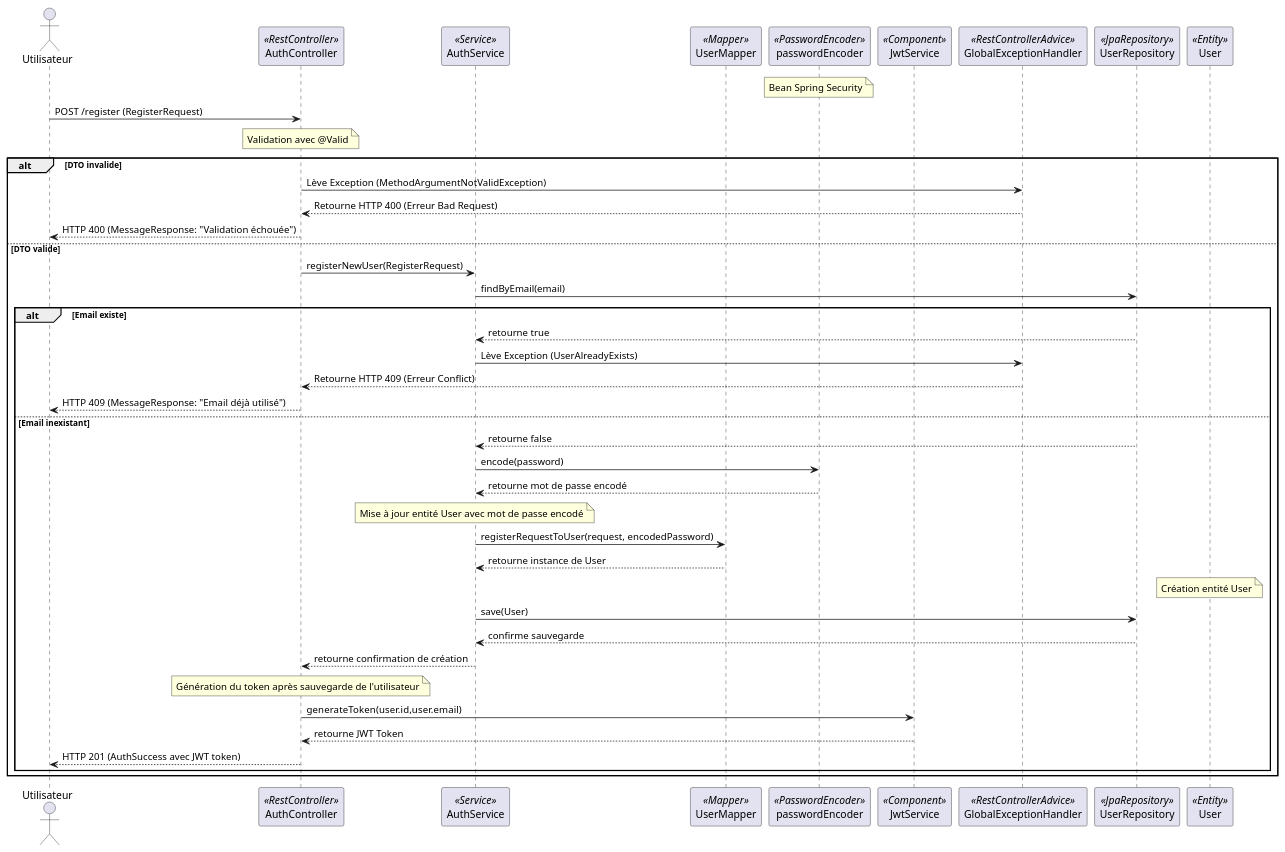
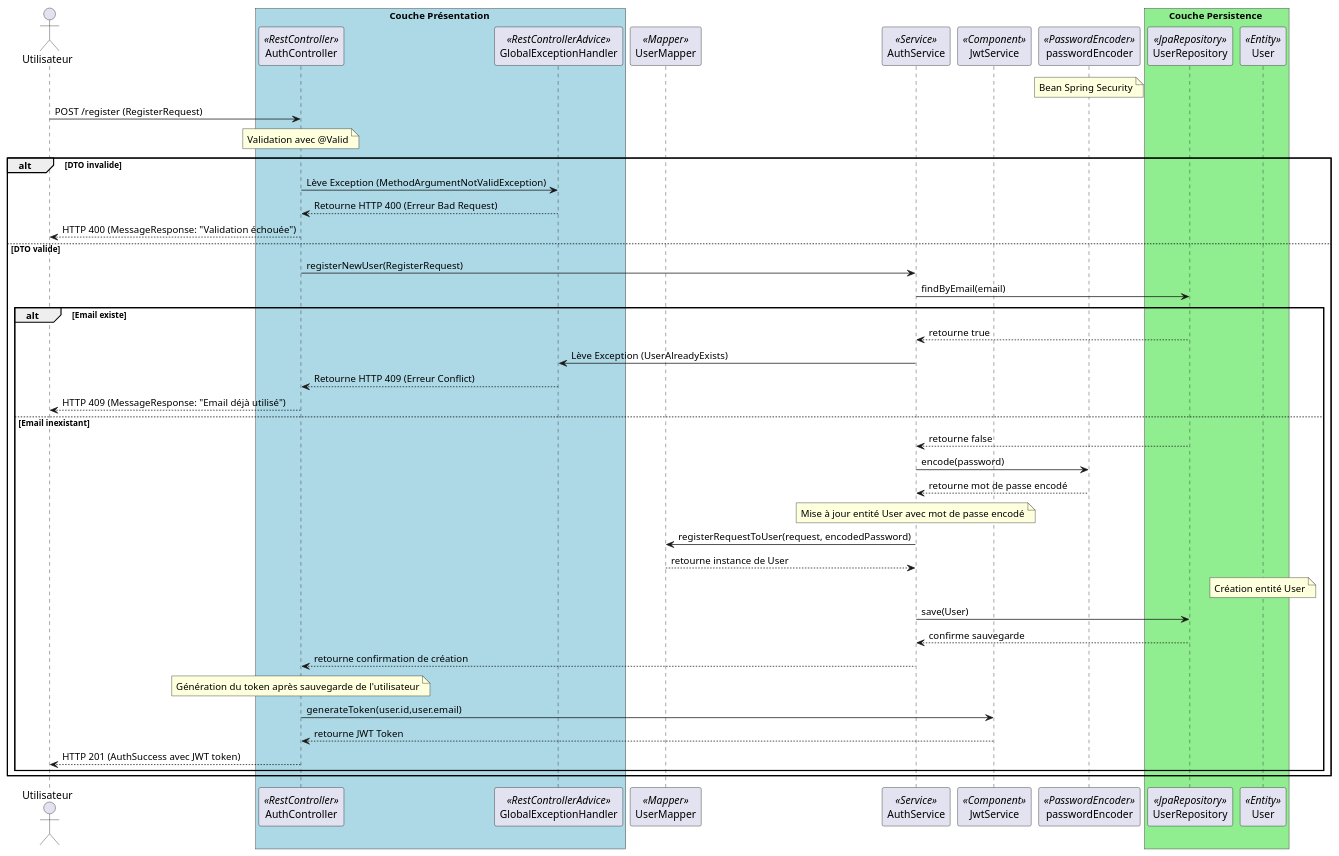
One commit to cpierres/P3-back-spring changed the diagram in assets/docs/diagrams/sequence_diagrams/register_sequence.puml. Above: the diagram before and after it, drawn with PlantUML. The commit also changed 1 other file, not shown here.

Commit message:
Amélioration : diagrammes de séquence

```diff
--- a/assets/docs/diagrams/sequence_diagrams/register_sequence.puml
+++ b/assets/docs/diagrams/sequence_diagrams/register_sequence.puml
@@ -1,44 +1,49 @@
 @startuml
 actor Utilisateur
+box Couche Présentation #LightBlue
 participant AuthController <<RestController>>
+participant GlobalExceptionHandler <<RestControllerAdvice>>
+end box
+participant UserMapper <<Mapper>>
 participant AuthService <<Service>>
-participant UserMapper <<Mapper>>
+participant JwtService <<Component>>
 participant passwordEncoder <<PasswordEncoder>>
 note over passwordEncoder : Bean Spring Security
-participant JwtService <<Component>>
-participant GlobalExceptionHandler <<RestControllerAdvice>>
-participant UserRepository <<JpaRepository>>
-participant User <<Entity>>
+
+box Couche Persistence #LightGreen
+    participant UserRepository <<JpaRepository>>
+    participant User <<Entity>>
+end box
 
 Utilisateur -> AuthController : POST /register (RegisterRequest)
 note over AuthController : Validation avec @Valid
 alt DTO invalide
     AuthController -> GlobalExceptionHandler : Lève Exception (MethodArgumentNotValidException)
     GlobalExceptionHandler --> AuthController : Retourne HTTP 400 (Erreur Bad Request)
     AuthController --> Utilisateur : HTTP 400 (MessageResponse: "Validation échouée")
 else DTO valide
     AuthController -> AuthService : registerNewUser(RegisterRequest)
     AuthService -> UserRepository : findByEmail(email)
     alt Email existe
         UserRepository --> AuthService : retourne true
         AuthService -> GlobalExceptionHandler : Lève Exception (UserAlreadyExists)
         GlobalExceptionHandler --> AuthController : Retourne HTTP 409 (Erreur Conflict)
         AuthController --> Utilisateur : HTTP 409 (MessageResponse: "Email déjà utilisé")
     else Email inexistant
         UserRepository --> AuthService : retourne false
         AuthService -> passwordEncoder : encode(password)
         passwordEncoder --> AuthService : retourne mot de passe encodé
         note over AuthService : Mise à jour entité User avec mot de passe encodé
         AuthService -> UserMapper : registerRequestToUser(request, encodedPassword)
         UserMapper --> AuthService : retourne instance de User
         note over User : Création entité User
         AuthService -> UserRepository : save(User)
         UserRepository --> AuthService : confirme sauvegarde
         AuthService --> AuthController : retourne confirmation de création
         note over AuthController : Génération du token après sauvegarde de l'utilisateur
         AuthController -> JwtService : generateToken(user.id,user.email)
         JwtService --> AuthController : retourne JWT Token
         AuthController --> Utilisateur : HTTP 201 (AuthSuccess avec JWT token)
     end
 end
 @enduml
```
